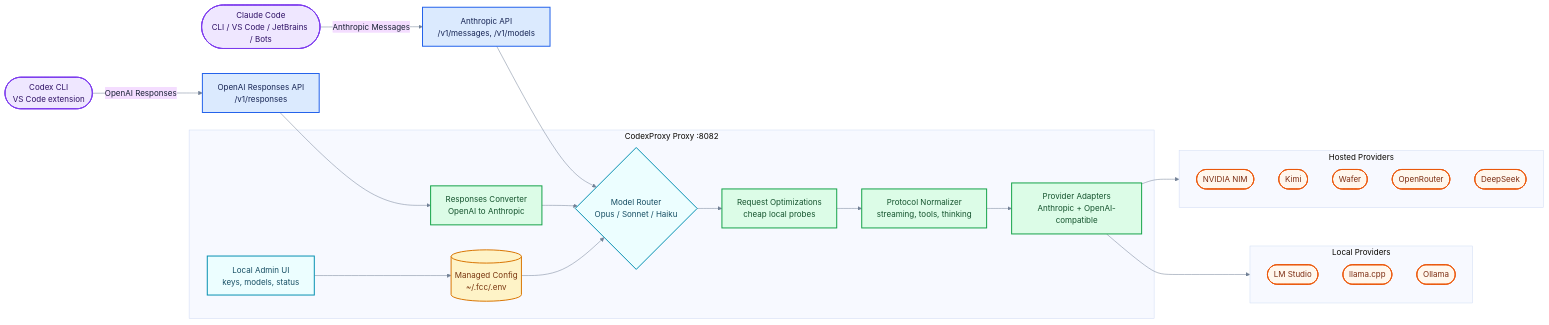
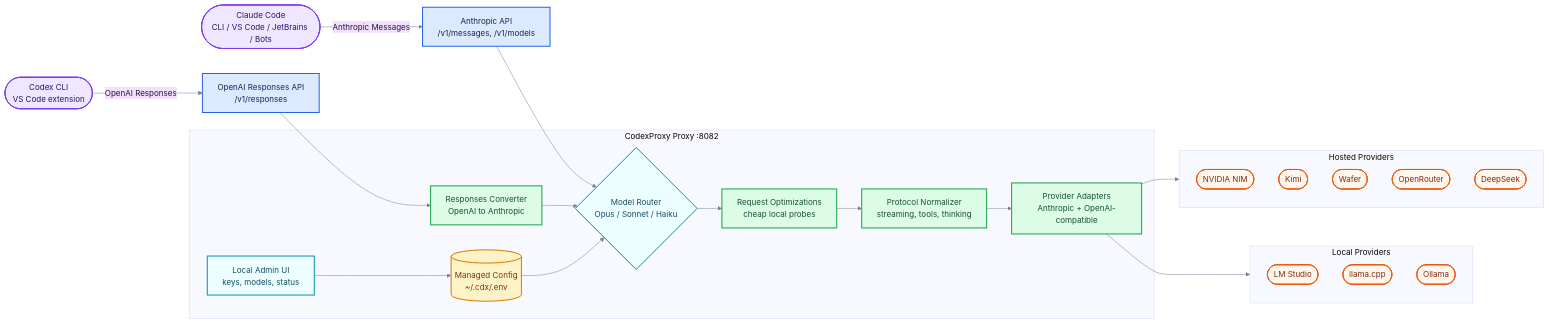
Before and after one commit to chrometechhype/codexproxy: the diagram in assets/how-it-works.mmd, drawn with Mermaid. The commit also changed 664 other files, not shown here.

```diff
--- a/assets/how-it-works.mmd
+++ b/assets/how-it-works.mmd
@@ -1,57 +1,57 @@
 %%{init: {"theme": "base", "themeVariables": {"fontFamily": "Inter, ui-sans-serif, system-ui, Segoe UI, Arial", "background": "transparent", "primaryTextColor": "#172033", "lineColor": "#718096"}}}%%
 flowchart LR
     claudeClient(["Claude Code<br/>CLI / VS Code / JetBrains / Bots"])
     codexClient(["Codex CLI<br/>VS Code extension"])
     messagesApi["Anthropic API<br/>/v1/messages, /v1/models"]
     responsesApi["OpenAI Responses API<br/>/v1/responses"]
 
     subgraph proxy["CodexProxy Proxy :8082"]
         admin["Local Admin UI<br/>keys, models, status"]
-        config[("Managed Config<br/>~/.fcc/.env")]
+        config[("Managed Config<br/>~/.cdx/.env")]
         convert["Responses Converter<br/>OpenAI to Anthropic"]
         router{"Model Router<br/>Opus / Sonnet / Haiku"}
         optimize["Request Optimizations<br/>cheap local probes"]
         normalize["Protocol Normalizer<br/>streaming, tools, thinking"]
         adapters["Provider Adapters<br/>Anthropic + OpenAI-compatible"]
     end
 
     subgraph hosted["Hosted Providers"]
         nim(["NVIDIA NIM"])
         kimi(["Kimi"])
         wafer(["Wafer"])
         openrouter(["OpenRouter"])
         deepseek(["DeepSeek"])
     end
 
     subgraph local["Local Providers"]
         lmstudio(["LM Studio"])
         llamacpp(["llama.cpp"])
         ollama(["Ollama"])
     end
 
     claudeClient -->|"Anthropic Messages"| messagesApi
     codexClient -->|"OpenAI Responses"| responsesApi
     messagesApi --> router
     responsesApi --> convert
     convert --> router
     admin --> config
     config --> router
     router --> optimize
     optimize --> normalize
     normalize --> adapters
     adapters --> hosted
     adapters --> local
 
     classDef client fill:#efe7ff,stroke:#7c3aed,stroke-width:2px,color:#2e1065;
     classDef api fill:#dbeafe,stroke:#2563eb,stroke-width:2px,color:#172554;
     classDef proxy fill:#ecfeff,stroke:#0891b2,stroke-width:2px,color:#164e63;
     classDef config fill:#fef3c7,stroke:#d97706,stroke-width:2px,color:#78350f;
     classDef transform fill:#dcfce7,stroke:#16a34a,stroke-width:2px,color:#14532d;
     classDef provider fill:#fff7ed,stroke:#ea580c,stroke-width:2px,color:#7c2d12;
 
     class claudeClient,codexClient client;
     class messagesApi,responsesApi api;
     class admin,router proxy;
     class config config;
     class convert,optimize,normalize,adapters transform;
     class nim,kimi,wafer,openrouter,deepseek,lmstudio,llamacpp,ollama provider;
```
